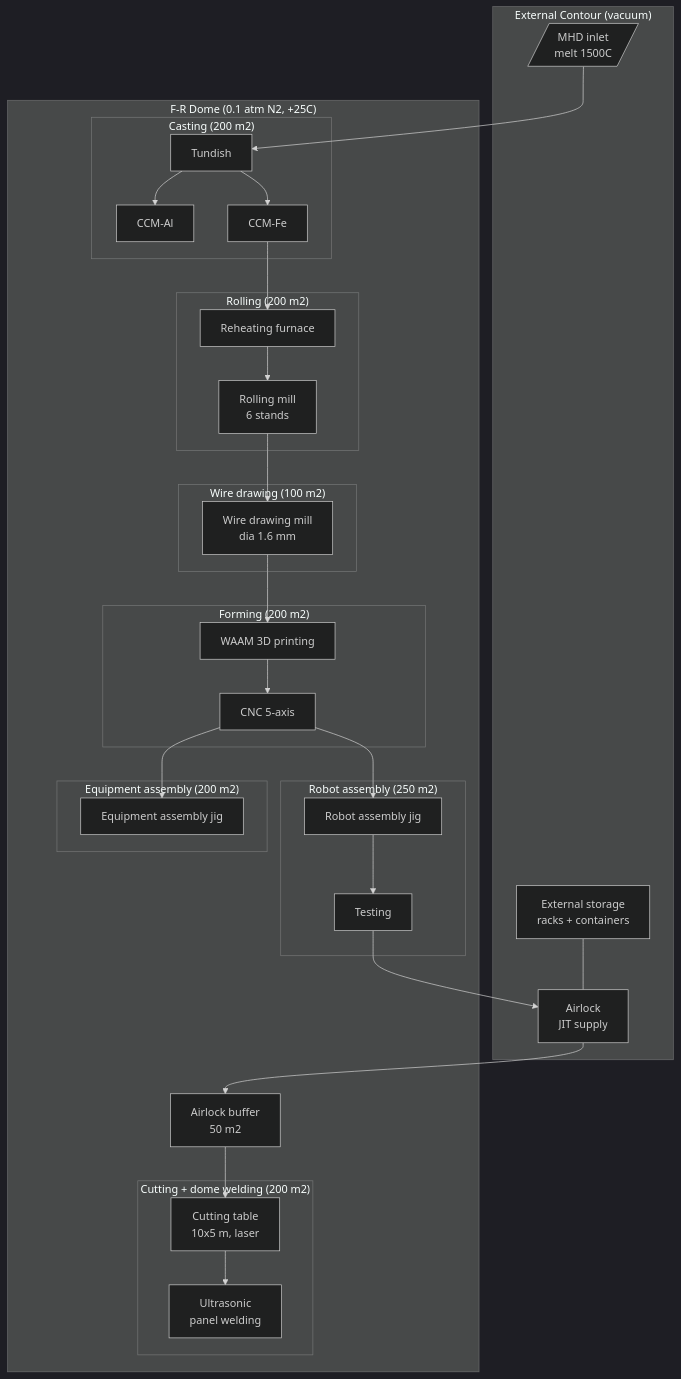
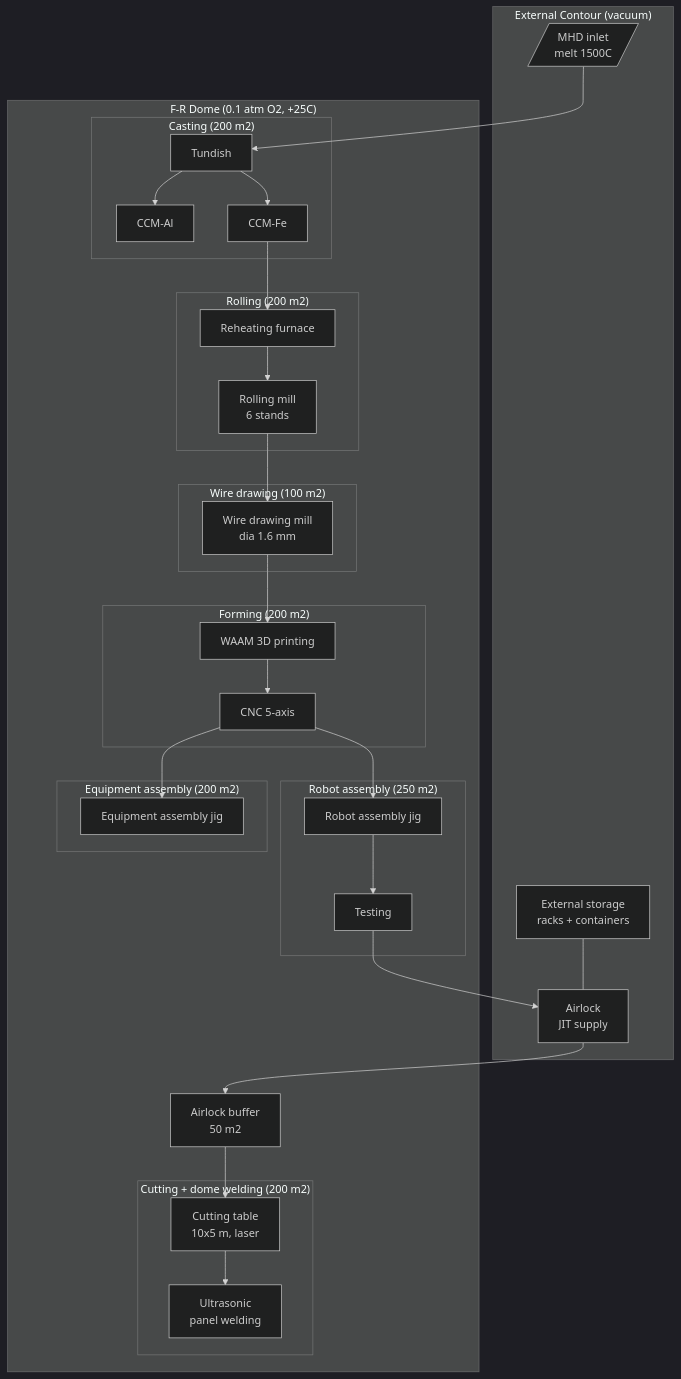
One commit to DmitryNasikanov/infinite-energy changed the first of 3 diagrams in en/science/detailed/production/factories/overview.qmd. Above: the diagram before and after it, drawn with Mermaid (dark theme). The commit also changed other lines of this file and 71 other files, not shown here.

````diff
--- a/en/science/detailed/production/factories/overview.qmd
+++ b/en/science/detailed/production/factories/overview.qmd
@@ -84,56 +84,56 @@
 ```{mermaid}
 flowchart TD
     subgraph EXTERNAL["External Contour (vacuum)"]
         MHD[/"MHD inlet<br/>melt 1500C"/]
         LOCK["Airlock<br/>JIT supply"]
         STORAGE["External storage<br/>racks + containers"]
     end
 
-    subgraph DOME["F-R Dome (0.1 atm N2, +25C)"]
+    subgraph DOME["F-R Dome (0.1 atm O2, +25C)"]
         subgraph CASTING["Casting (200 m2)"]
             TUNDISH["Tundish"]
             MNLZ_AL["CCM-Al"]
             MNLZ_FE["CCM-Fe"]
         end
 
         subgraph ROLLING["Rolling (200 m2)"]
             FURNACE["Reheating furnace"]
             MILL["Rolling mill<br/>6 stands"]
         end
 
         subgraph WIREDRAW["Wire drawing (100 m2)"]
             WIRE["Wire drawing mill<br/>dia 1.6 mm"]
         end
 
         subgraph FORMING["Forming (200 m2)"]
             WAAM["WAAM 3D printing"]
             CNC["CNC 5-axis"]
         end
 
         subgraph ROBOTS["Robot assembly (250 m2)"]
             STAP_R["Robot assembly jig"]
             TEST_R["Testing"]
         end
 
         subgraph DOMES["Cutting + dome welding (200 m2)"]
             CUT["Cutting table<br/>10x5 m, laser"]
             WELD["Ultrasonic<br/>panel welding"]
         end
 
         subgraph EQUIP["Equipment assembly (200 m2)"]
             STAP_E["Equipment assembly jig"]
         end
 
         BUFFER["Airlock buffer<br/>50 m2"]
     end
 
     MHD --> TUNDISH
     TUNDISH --> MNLZ_AL & MNLZ_FE
     MNLZ_FE --> FURNACE --> MILL
     MILL --> WIRE --> WAAM --> CNC
     CNC --> STAP_R & STAP_E
     LOCK --> BUFFER
     BUFFER --> CUT --> WELD
     STAP_R --> TEST_R --> LOCK
     STORAGE --- LOCK
 ```
````
